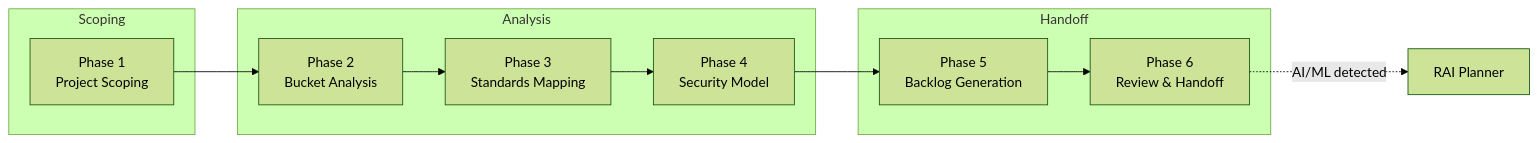
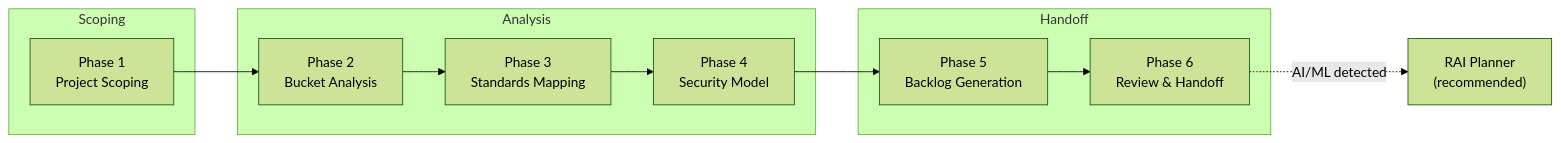
The diagram in docs/agents/security/README.md (microsoft/hve-core), drawn with Mermaid (forest theme) before and after one commit. The commit also changed other lines of this file and 22 other files, not shown here.

````diff
--- a/docs/agents/security/README.md
+++ b/docs/agents/security/README.md
@@ -39,20 +39,20 @@
 ```mermaid
 flowchart LR
   subgraph Scoping
     A["Phase 1<br/>Project Scoping"]
   end
 
   subgraph Analysis
     B["Phase 2<br/>Bucket Analysis"]
     C["Phase 3<br/>Standards Mapping"]
     D["Phase 4<br/>Security Model"]
   end
 
   subgraph Handoff
     E["Phase 5<br/>Backlog Generation"]
     F["Phase 6<br/>Review & Handoff"]
   end
 
   A --> B --> C --> D --> E --> F
-  F -.->|"AI/ML detected"| G["RAI Planner"]
+  F -.->|"AI/ML detected"| G["RAI Planner<br/>(recommended)"]
 ```
````
